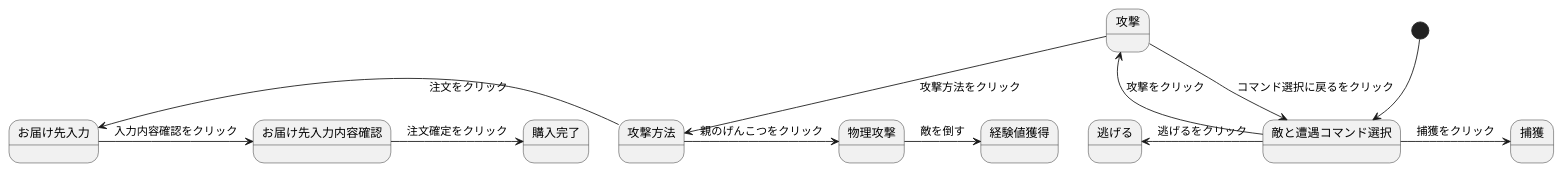
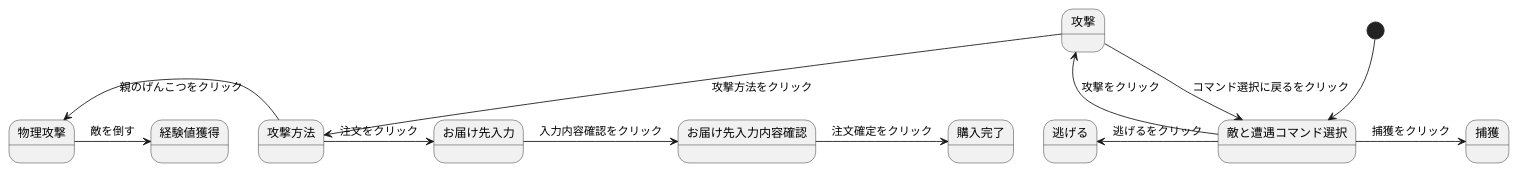
The diagram in stm01.md (Aso2001196/2021sys-design), drawn with PlantUML before and after one commit.

````diff
--- a/stm01.md
+++ b/stm01.md
@@ -1,15 +1,15 @@
 ```uml
 @startuml
 [*]--> 敵と遭遇コマンド選択
 敵と遭遇コマンド選択 -> 捕獲 : 捕獲をクリック
 敵と遭遇コマンド選択-left-> 逃げる : 逃げるをクリック
 敵と遭遇コマンド選択--> 攻撃 : 攻撃をクリック
 攻撃 --> 攻撃方法 : 攻撃方法をクリック
 攻撃 --> 敵と遭遇コマンド選択: コマンド選択に戻るをクリック
-攻撃方法 -> 物理攻撃 : 親のげんこつをクリック
+攻撃方法 -left-> 物理攻撃 : 親のげんこつをクリック
 物理攻撃 -> 経験値獲得 : 敵を倒す
-攻撃方法 -left-> お届け先入力 : 注文をクリック
+攻撃方法 -> お届け先入力 : 注文をクリック
 お届け先入力 -> お届け先入力内容確認 : 入力内容確認をクリック
 お届け先入力内容確認 -> 購入完了 : 注文確定をクリック
 @enduml
 ```
````
